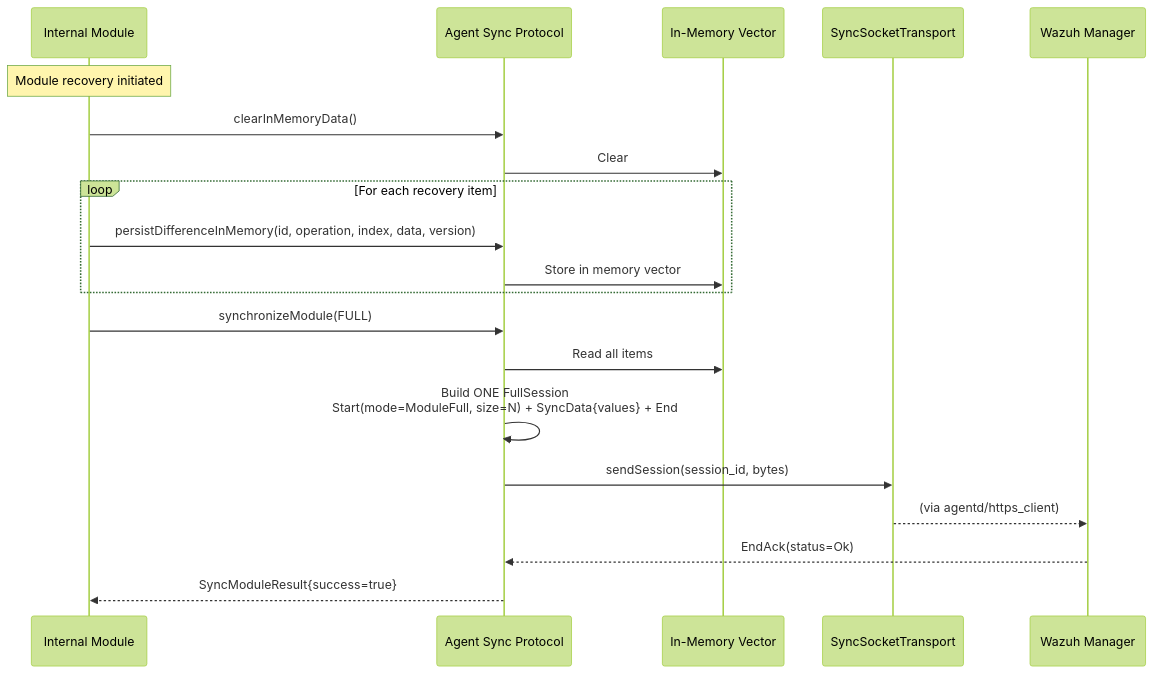
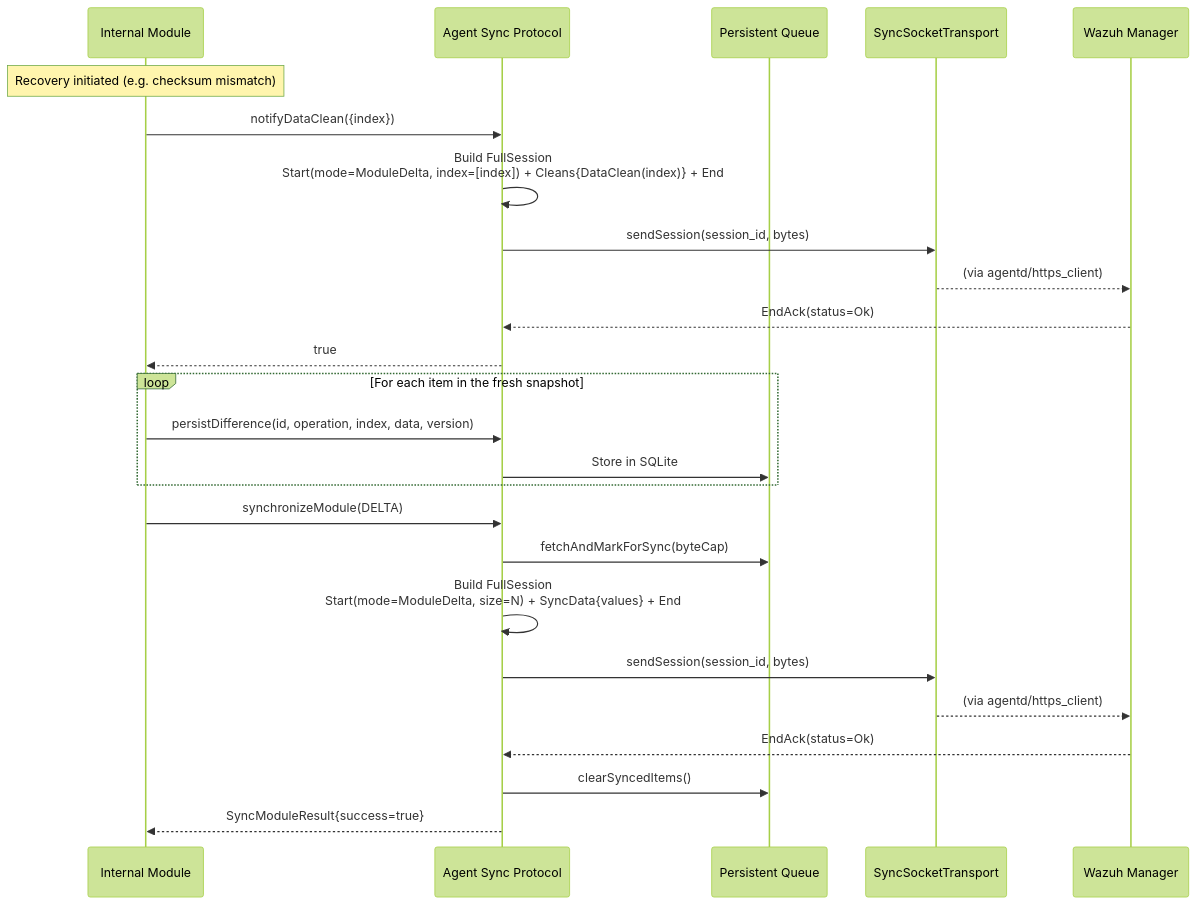
The eighth of 12 diagrams in docs/ref/modules/utils/sync-protocol/sequence-diagrams.md (wazuh/wazuh), drawn with Mermaid (forest theme) before and after one commit. The commit also changed other lines of this file and 48 other files, not shown here.

````diff
--- a/docs/ref/modules/utils/sync-protocol/sequence-diagrams.md
+++ b/docs/ref/modules/utils/sync-protocol/sequence-diagrams.md
@@ -198,27 +200,32 @@
 ```mermaid
 sequenceDiagram
     participant Module as Internal Module
     participant ASP as Agent Sync Protocol
-    participant Memory as In-Memory Vector
+    participant Queue as Persistent Queue
     participant Transport as SyncSocketTransport
     participant Manager as Wazuh Manager
 
-    Note over Module: Module recovery initiated
+    Note over Module: Recovery initiated (e.g. checksum mismatch)
 
-    Module->>ASP: clearInMemoryData()
-    ASP->>Memory: Clear
-
-    loop For each recovery item
-        Module->>ASP: persistDifferenceInMemory(id, operation, index, data, version)
-        ASP->>Memory: Store in memory vector
-    end
-
-    Module->>ASP: synchronizeModule(FULL)
-    ASP->>Memory: Read all items
-    ASP->>ASP: Build ONE FullSession<br/>Start(mode=ModuleFull, size=N) + SyncData{values} + End
+    Module->>ASP: notifyDataClean({index})
+    ASP->>ASP: Build FullSession<br/>Start(mode=ModuleDelta, index=[index]) + Cleans{DataClean(index)} + End
     ASP->>Transport: sendSession(session_id, bytes)
     Transport-->>Manager: (via agentd/https_client)
     Manager-->>ASP: EndAck(status=Ok)
+    ASP-->>Module: true
+
+    loop For each item in the fresh snapshot
+        Module->>ASP: persistDifference(id, operation, index, data, version)
+        ASP->>Queue: Store in SQLite
+    end
+
+    Module->>ASP: synchronizeModule(DELTA)
+    ASP->>Queue: fetchAndMarkForSync(byteCap)
+    ASP->>ASP: Build FullSession<br/>Start(mode=ModuleDelta, size=N) + SyncData{values} + End
+    ASP->>Transport: sendSession(session_id, bytes)
+    Transport-->>Manager: (via agentd/https_client)
+    Manager-->>ASP: EndAck(status=Ok)
+    ASP->>Queue: clearSyncedItems()
 
     ASP-->>Module: SyncModuleResult{success=true}
 ```
````
